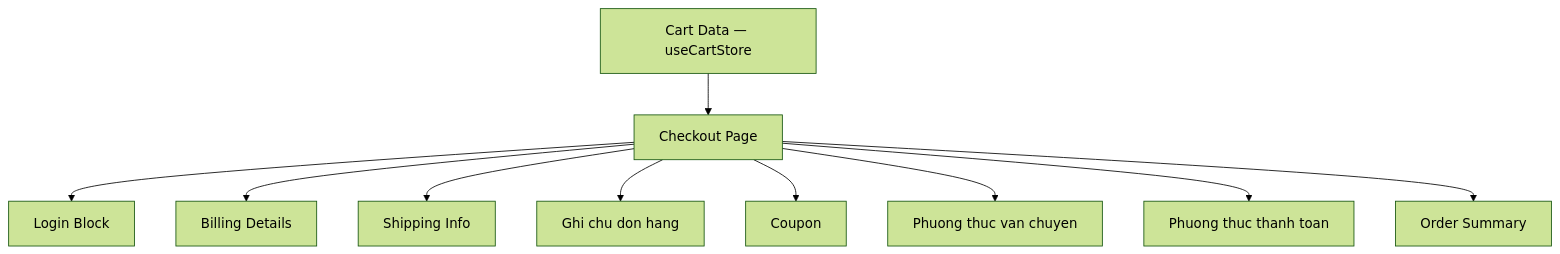
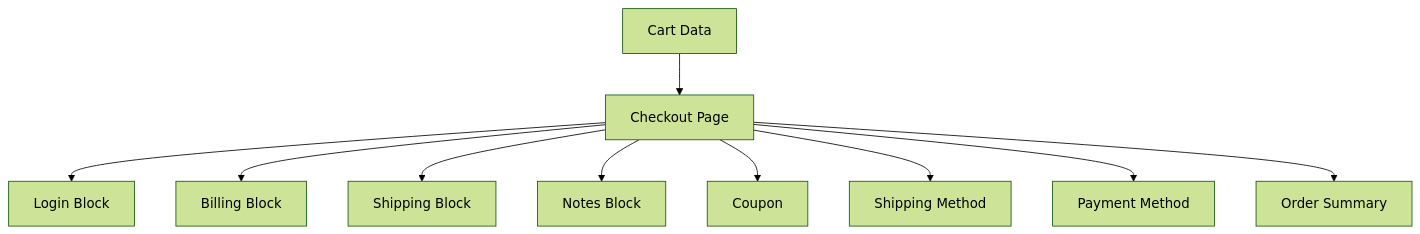
The seventh of 9 diagrams in 07-so-do-mermaid.md (NguyenDinhDang/Docs-E-commerce), drawn with Mermaid (forest theme) before and after one commit. The commit also changed other lines of this file and 4 other files, not shown here.

````diff
--- a/07-so-do-mermaid.md
+++ b/07-so-do-mermaid.md
@@ -140,15 +85,12 @@
 ```mermaid
 flowchart TD
-    Cart[Cart Data — useCartStore]
-
-    Cart --> CO[Checkout Page]
-
-    CO --> Login[Login Block]
-    CO --> Billing[Billing Details]
-    CO --> Shipping[Shipping Info]
-    CO --> Notes[Ghi chu don hang]
-    CO --> Coupon[Coupon]
-    CO --> ShipMethod[Phuong thuc van chuyen]
-    CO --> Payment[Phuong thuc thanh toan]
-    CO --> OrderSum[Order Summary]
+  A[Cart Data] --> B[Checkout Page]
+  B --> C[Login Block]
+  B --> D[Billing Block]
+  B --> E[Shipping Block]
+  B --> F[Notes Block]
+  B --> G[Coupon]
+  B --> H[Shipping Method]
+  B --> I[Payment Method]
+  B --> J[Order Summary]
 ```
````
